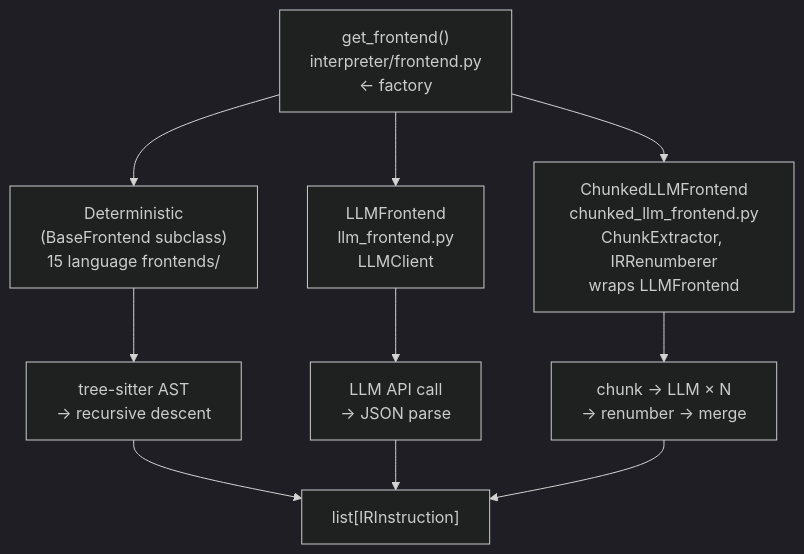
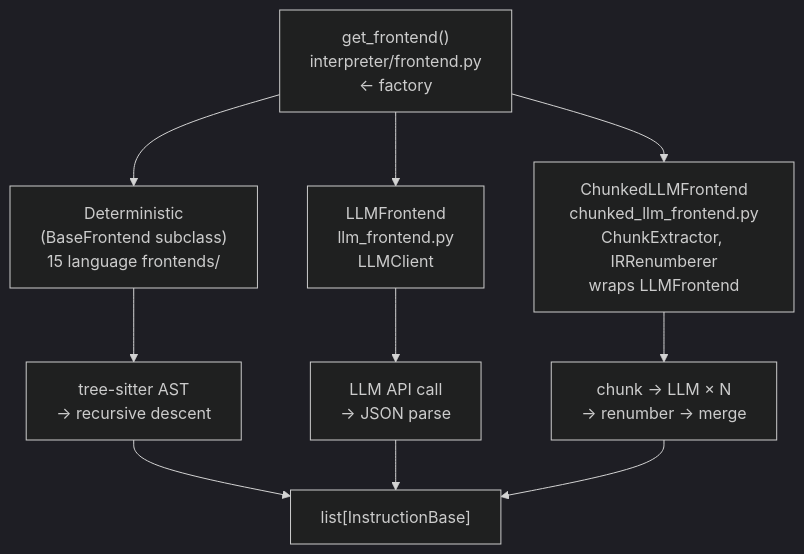
Before and after one commit to avishek-sen-gupta/red-dragon: the first of 2 diagrams in docs/notes-on-frontend-design.md, drawn with Mermaid (dark theme). The commit also changed other lines of this file and 12 other files, not shown here.

````diff
--- a/docs/notes-on-frontend-design.md
+++ b/docs/notes-on-frontend-design.md
@@ -39,24 +39,24 @@
 ```mermaid
 flowchart TD
     factory["get_frontend()\ninterpreter/frontend.py\n← factory"]
 
     det["Deterministic\n(BaseFrontend subclass)\n15 language frontends/"]
     llm["LLMFrontend\nllm_frontend.py\nLLMClient"]
     chunked["ChunkedLLMFrontend\nchunked_llm_frontend.py\nChunkExtractor, IRRenumberer\nwraps LLMFrontend"]
 
     factory --> det & llm & chunked
 
     det_impl["tree-sitter AST\n→ recursive descent"]
     llm_impl["LLM API call\n→ JSON parse"]
     chunked_impl["chunk → LLM × N\n→ renumber → merge"]
 
     det --> det_impl
     llm --> llm_impl
     chunked --> chunked_impl
 
-    ir["list[IRInstruction]"]
+    ir["list[InstructionBase]"]
 
     det_impl --> ir
     llm_impl --> ir
     chunked_impl --> ir
 ```
````
